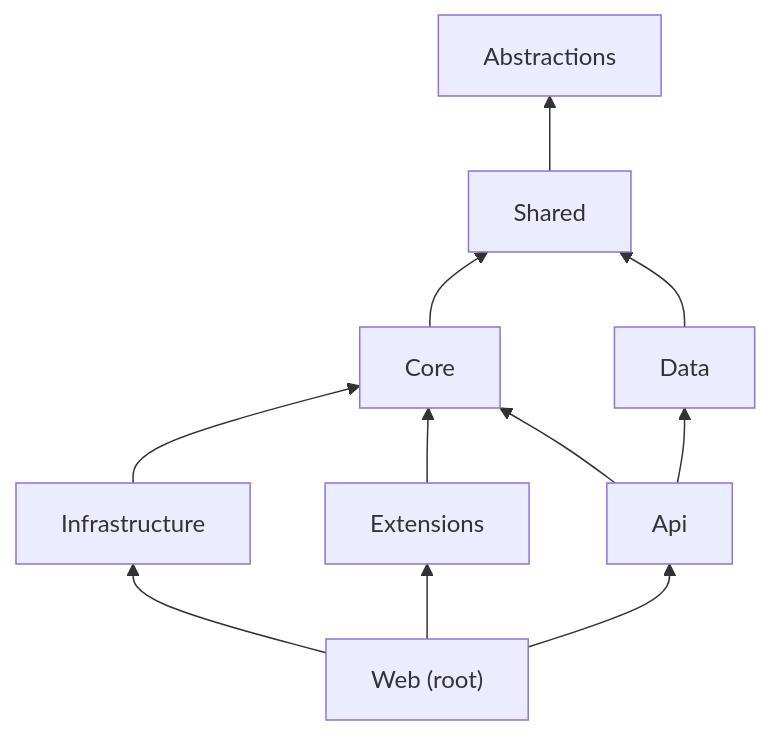
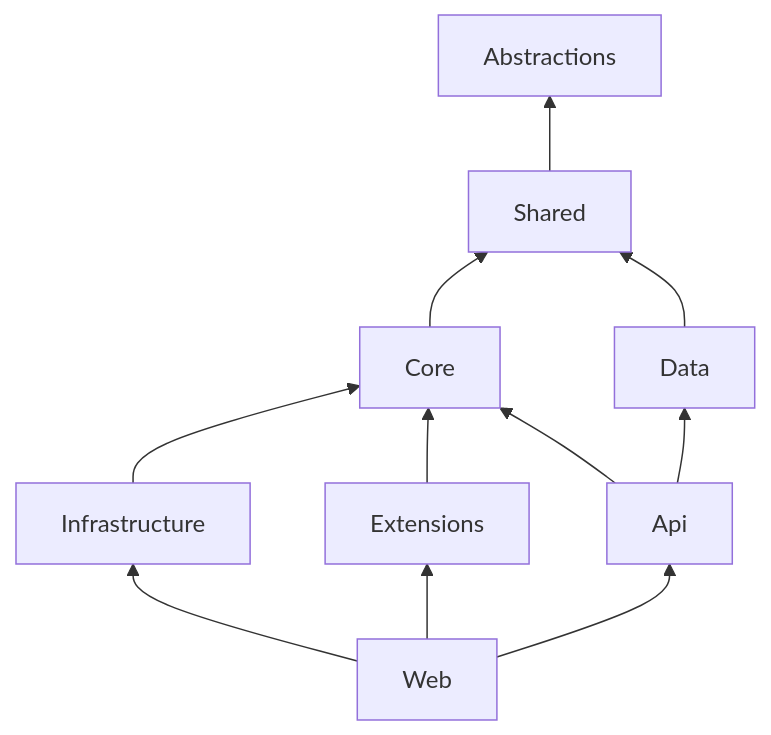
Before and after one commit to Albadit/DotNetForge: the diagram in .docs/architecture/overview.md, drawn with Mermaid. The commit also changed other lines of this file and 77 other files, not shown here.

````diff
--- a/.docs/architecture/overview.md
+++ b/.docs/architecture/overview.md
@@ -44,11 +45,11 @@
 ```mermaid
 flowchart BT
     Shared --> Abstractions
     Core --> Shared
     Data --> Shared
     Infrastructure --> Core
     Extensions --> Core
     Api --> Core
     Api --> Data
-    Web["Web (root)"] --> Api & Extensions & Infrastructure
+    Web["Web"] --> Api & Extensions & Infrastructure
 ```
````
